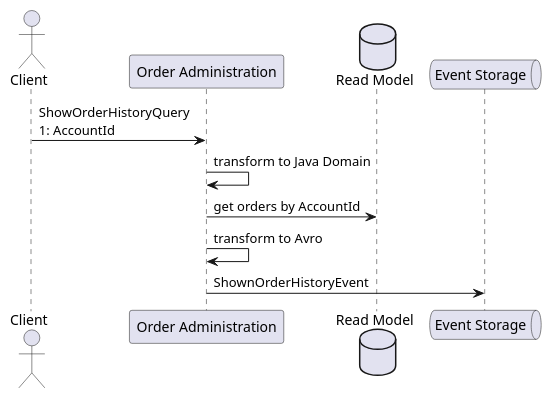
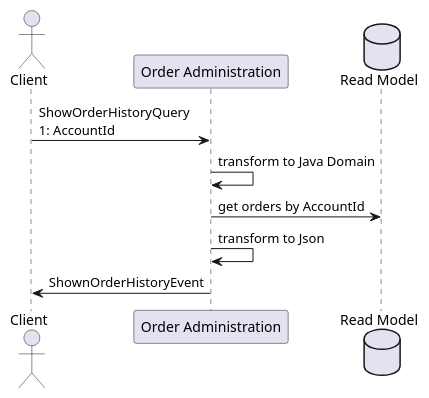
Before and after one commit to sokimaaa/order-administration: the diagram in 1-diagram/show-order-history.puml, drawn with PlantUML. The commit also changed 2 other files, not shown here.

Commit message:
update diagram

```diff
--- a/1-diagram/show-order-history.puml
+++ b/1-diagram/show-order-history.puml
@@ -1,15 +1,14 @@
 @startuml
 'https://plantuml.com/sequence-diagram
 
 actor "Client" as C
 participant "Order Administration" as OA
 database "Read Model" as RM
-queue "Event Storage" as ESG
 
 C -> OA: ShowOrderHistoryQuery\n1: AccountId
 OA -> OA: transform to Java Domain
 OA -> RM: get orders by AccountId
-OA -> OA: transform to Avro
-OA -> ESG: ShownOrderHistoryEvent
+OA -> OA: transform to Json
+OA -> C: ShownOrderHistoryEvent
 
 @enduml
```
